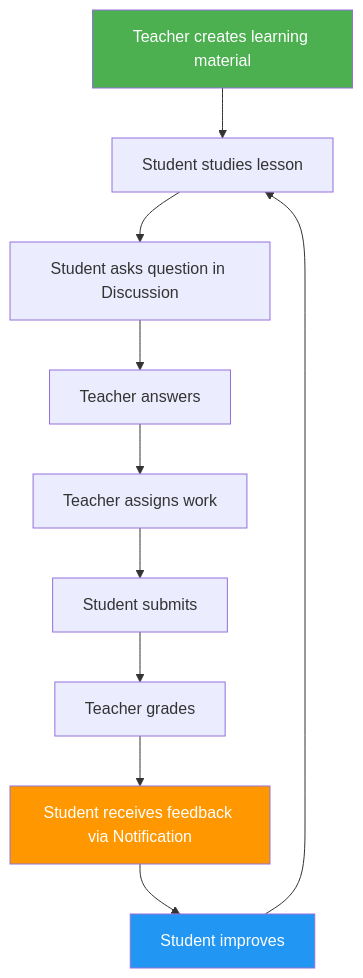
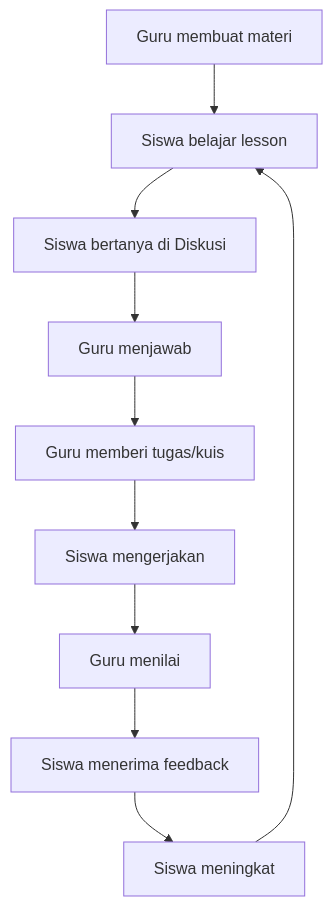
The second of 2 diagrams in docs/USERFLOW.md (AI-Powered-Edtech/LMS), drawn with Mermaid before and after one commit. The commit also changed other lines of this file and 89 other files, not shown here.

````diff
--- a/docs/USERFLOW.md
+++ b/docs/USERFLOW.md
@@ -22,16 +20,12 @@
 ```mermaid
 graph TD
-    START["Teacher creates learning material"] --> STUDY["Student studies lesson"]
-    STUDY --> ASK["Student asks question in Discussion"]
-    ASK --> ANSWER["Teacher answers"]
-    ANSWER --> ASSIGN["Teacher assigns work"]
-    ASSIGN --> SUBMIT["Student submits"]
-    SUBMIT --> GRADE["Teacher grades"]
-    GRADE --> FEEDBACK["Student receives feedback via Notification"]
-    FEEDBACK --> IMPROVE["Student improves"]
+    START["Guru membuat materi"] --> STUDY["Siswa belajar lesson"]
+    STUDY --> ASK["Siswa bertanya di Diskusi"]
+    ASK --> ANSWER["Guru menjawab"]
+    ANSWER --> ASSIGN["Guru memberi tugas/kuis"]
+    ASSIGN --> SUBMIT["Siswa mengerjakan"]
+    SUBMIT --> GRADE["Guru menilai"]
+    GRADE --> FEEDBACK["Siswa menerima feedback"]
+    FEEDBACK --> IMPROVE["Siswa meningkat"]
     IMPROVE --> STUDY
-    
-    style START fill:#4CAF50,color:#fff
-    style FEEDBACK fill:#FF9800,color:#fff
-    style IMPROVE fill:#2196F3,color:#fff
 ```
````
